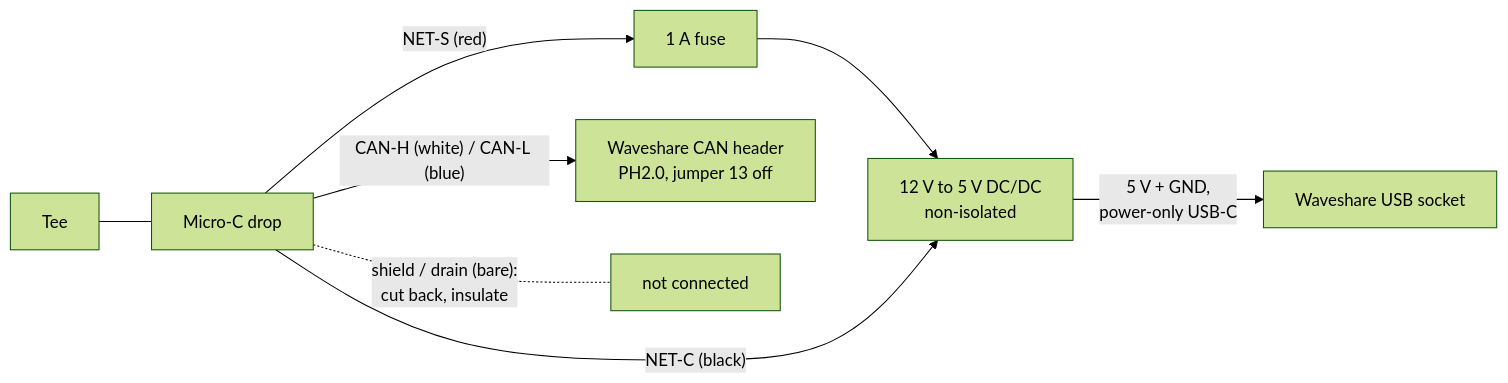
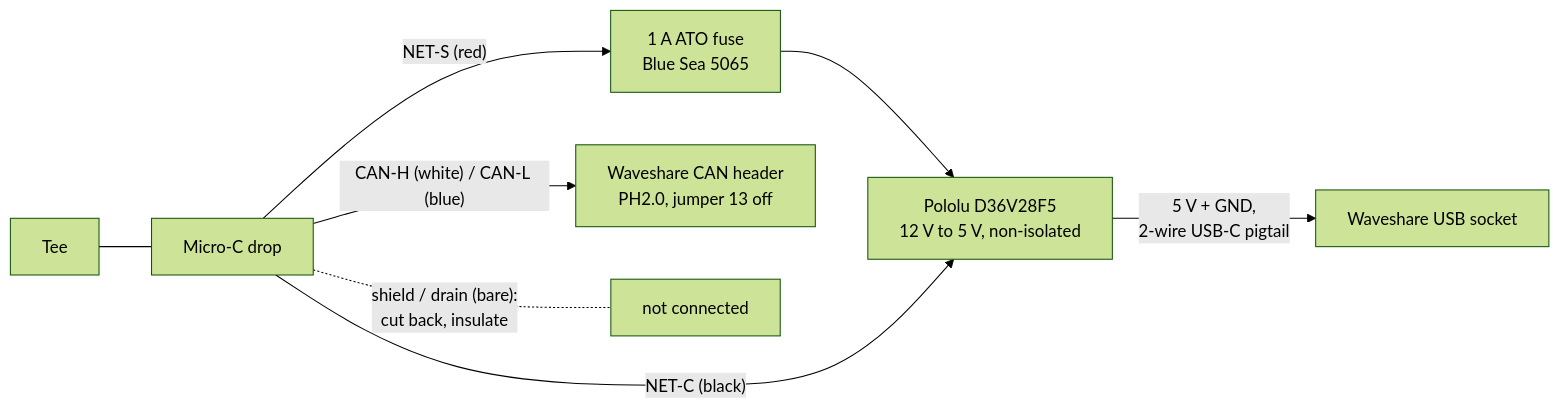
One commit to l-m-y-c/boat-terminal changed the second of 2 diagrams in docs/19-n2k-backbone-install.md. Above: the diagram before and after it, drawn with Mermaid (forest theme). The commit also changed other lines of this file and 8 other files, not shown here.

Commit message:
Add the off-the-shelf N2K bus power supply: wiring diagram, parts list and bench test. Note a 3D-printable case for the display board.

````diff
--- a/docs/19-n2k-backbone-install.md
+++ b/docs/19-n2k-backbone-install.md
@@ -114,9 +131,9 @@
 ```mermaid
 flowchart LR
     TEE[Tee] --- DROP[Micro-C drop]
-    DROP -- "NET-S (red)" --> FUSE[1 A fuse] --> DCDC[12 V to 5 V DC/DC<br/>non-isolated]
+    DROP -- "NET-S (red)" --> FUSE[1 A ATO fuse<br/>Blue Sea 5065] --> DCDC[Pololu D36V28F5<br/>12 V to 5 V, non-isolated]
     DROP -- "NET-C (black)" --> DCDC
-    DCDC -- "5 V + GND,<br/>power-only USB-C" --> USB[Waveshare USB socket]
+    DCDC -- "5 V + GND,<br/>2-wire USB-C pigtail" --> USB[Waveshare USB socket]
     DROP -- "CAN-H (white) / CAN-L (blue)" --> CAN[Waveshare CAN header<br/>PH2.0, jumper 13 off]
     DROP -. "shield / drain (bare):<br/>cut back, insulate" .- X[not connected]
 ```
````
